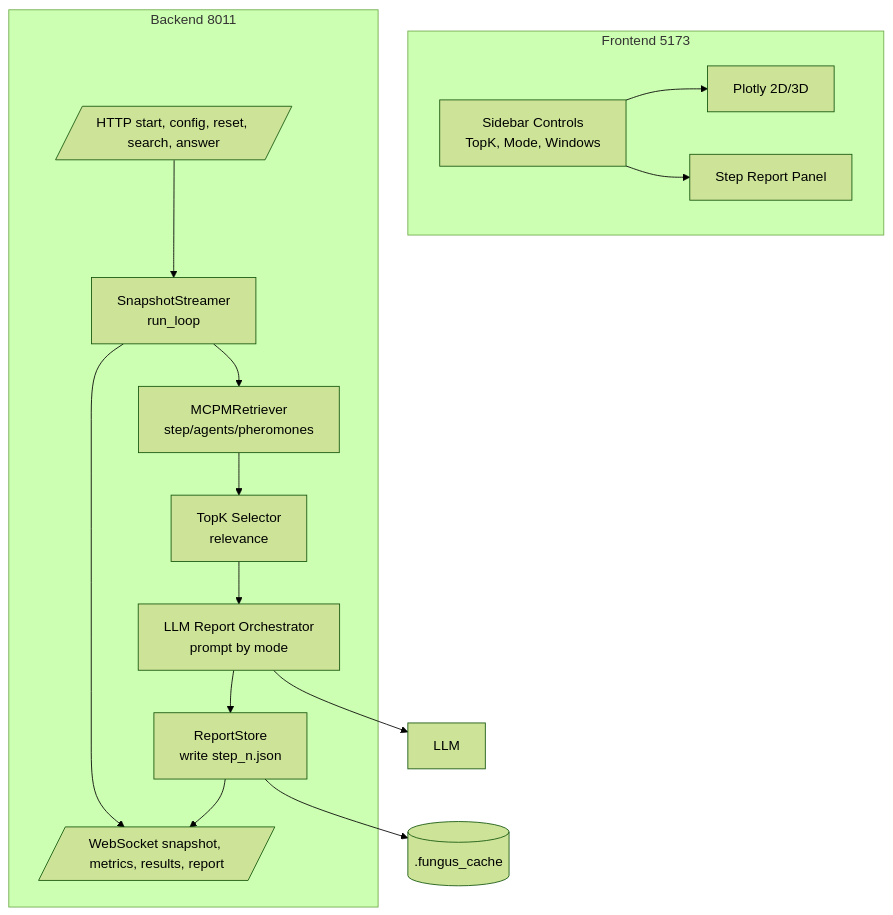
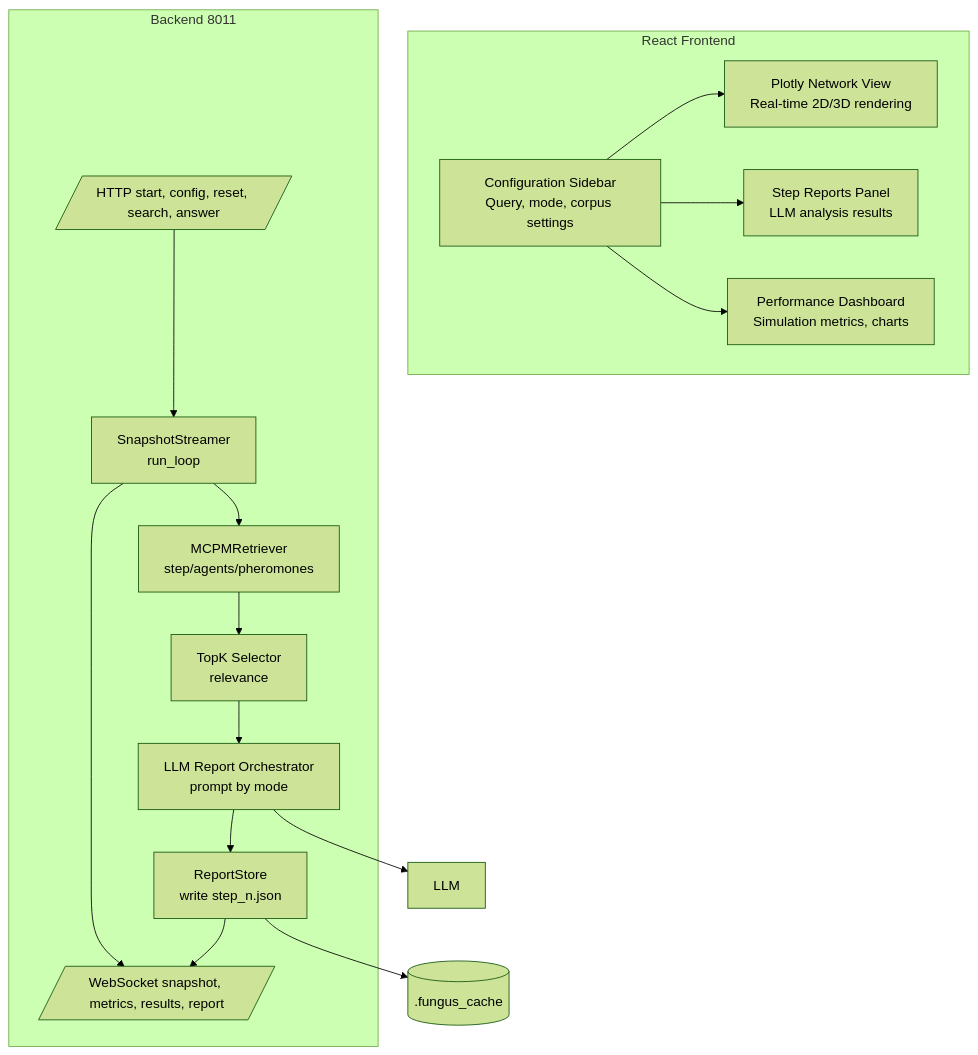
The second of 3 diagrams in docs/mcmp_reporting_c4.md (Flissel/la_fungus_search), drawn with Mermaid (forest theme) before and after one commit. The commit also changed other lines of this file and 5 other files, not shown here.

Commit message:
Refactor: Update architecture, docs, and config for React frontend

````diff
--- a/docs/mcmp_reporting_c4.md
+++ b/docs/mcmp_reporting_c4.md
@@ -21,27 +24,29 @@
 ```mermaid
 graph TB
-  subgraph Frontend [Frontend 5173]
-    UI[Sidebar Controls<br/>TopK, Mode, Windows]
-    Plot[Plotly 2D/3D]
-    StepReport[Step Report Panel]
-    UI --> Plot
-    UI --> StepReport
+  subgraph Frontend [React Frontend]
+    Settings[Configuration Sidebar<br/>Query, mode, corpus settings]
+    Visualization[Plotly Network View<br/>Real-time 2D/3D rendering]
+    Reports[Step Reports Panel<br/>LLM analysis results]
+    Metrics[Performance Dashboard<br/>Simulation metrics, charts]
+    Settings --> Visualization
+    Settings --> Reports
+    Settings --> Metrics
   end
 
   subgraph Backend [Backend 8011]
     API[/HTTP start, config, reset, search, answer/]
     WS[/WebSocket snapshot, metrics, results, report/]
     Streamer[SnapshotStreamer<br/>run_loop]
     Sim[MCPMRetriever<br/>step/agents/pheromones]
     Ranker[TopK Selector<br/>relevance]
     Reporter[LLM Report Orchestrator<br/>prompt by mode]
     Store[ReportStore<br/>write step_n.json]
     API --> Streamer
     Streamer --> Sim --> Ranker --> Reporter --> Store
     Streamer --> WS
     Store --> WS
   end
 
   Reporter --> LLM
   Store --> FS[(.fungus_cache)]
 ```
````
